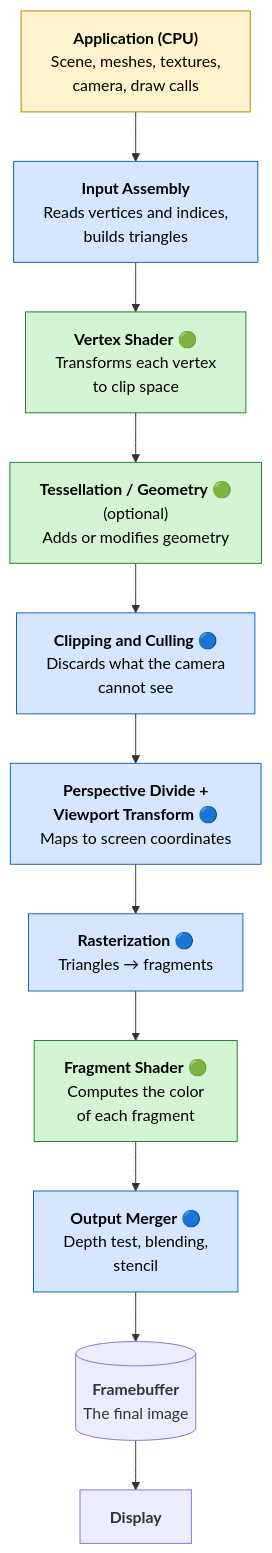
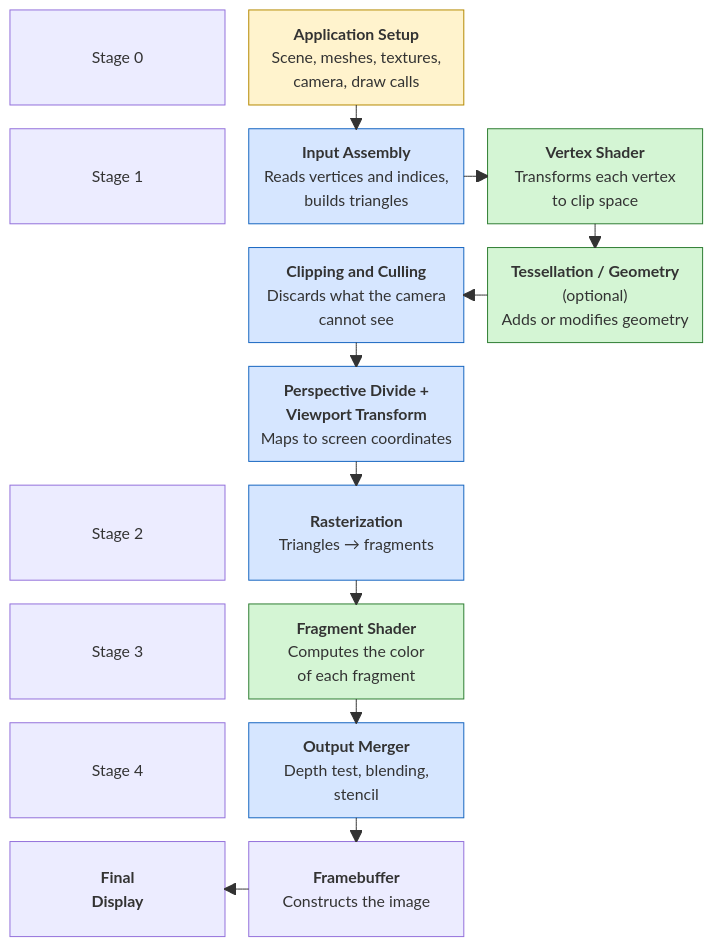
The first of 6 diagrams in content/en/knowledge/the-rendering-pipeline.md (doYourCode/shader-forge), drawn with Mermaid before and after one commit. The commit also changed other lines of this file and 3 other files, not shown here.

````diff
--- a/content/en/knowledge/the-rendering-pipeline.md
+++ b/content/en/knowledge/the-rendering-pipeline.md
@@ -69,23 +69,54 @@
 ```mermaid
-flowchart TD
-    A["<b>Application (CPU)</b><br/>Scene, meshes, textures,<br/>camera, draw calls"]
-    B["<b>Input Assembly</b><br/>Reads vertices and indices,<br/>builds triangles"]
-    C["<b>Vertex Shader</b> 🟢<br/>Transforms each vertex<br/>to clip space"]
-    D["<b>Tessellation / Geometry</b> 🟢<br/>(optional)<br/>Adds or modifies geometry"]
-    E["<b>Clipping and Culling</b> 🔵<br/>Discards what the camera<br/>cannot see"]
-    F["<b>Perspective Divide +<br/>Viewport Transform</b> 🔵<br/>Maps to screen coordinates"]
-    G["<b>Rasterization</b> 🔵<br/>Triangles → fragments"]
-    H["<b>Fragment Shader</b> 🟢<br/>Computes the color<br/>of each fragment"]
-    I["<b>Output Merger</b> 🔵<br/>Depth test, blending,<br/>stencil"]
-    J[("<b>Framebuffer</b><br/>The final image")]
-    K["<b>Display</b>"]
+---
+config:
+  layout: fixed
+  block:
+    padding: 24
+---
+block-beta
+  columns 3
 
-    A --> B --> C --> D --> E --> F --> G --> H --> I --> J --> K
+  X["Stage 0"]
+  A["<b>Application Setup</b><br/> Scene, meshes, textures,<br/>camera, draw calls"]
+   space
+   Y["Stage 1"]
+  B["<b>Input Assembly</b><br/>Reads vertices and indices,<br/>builds triangles"]
+  C["<b>Vertex Shader</b><br/>Transforms each vertex<br/>to clip space"]
+  space
+  E["<b>Clipping and Culling</b><br/>Discards what the camera<br/>cannot see"]
+  D["<b>Tessellation / Geometry</b><br/>(optional)<br/>Adds or modifies geometry"]
+  space
+  F["<b>Perspective Divide +<br/>Viewport Transform</b><br/>Maps to screen coordinates"]
+  space
+  Z["Stage 2"]
+  G["<b>Rasterization</b><br/>Triangles → fragments"]
+  space
+  Z1["Stage 3"]
+  H["<b>Fragment Shader</b><br/>Computes the color<br/>of each fragment"]
+  space
+  Z2["Stage 4"]
+  I["<b>Output Merger</b><br/>Depth test, blending,<br/>stencil"]
+  space
+  K["<b>Final<br>Display</b>"]
+  J["<b>Framebuffer</b><br/>Constructs the image"]
+  space
 
-    classDef prog fill:#d4f5d4,stroke:#2e7d32,color:#000;
-    classDef fixed fill:#d6e6ff,stroke:#1565c0,color:#000;
-    classDef cpu fill:#fff3cd,stroke:#b58900,color:#000;
-    class A cpu;
-    class C,D,H prog;
-    class B,E,F,G,I fixed;
+  A ---> B
+  B ---> C
+  C ---> D
+  D ---> E
+  E ---> F
+  F ---> G
+  G ---> H
+  H ---> I
+  I ---> J
+  J ---> K
+
+  classDef programable fill:#d4f5d4,stroke:#2e7d32,color:#000
+  classDef fixed fill:#d6e6ff,stroke:#1565c0,color:#000
+  classDef cpu fill:#fff3cd,stroke:#b58900,color:#000
+
+  class A cpu
+  class B,E,F,G,I fixed
+  class C,D,H programable
 ```
````
